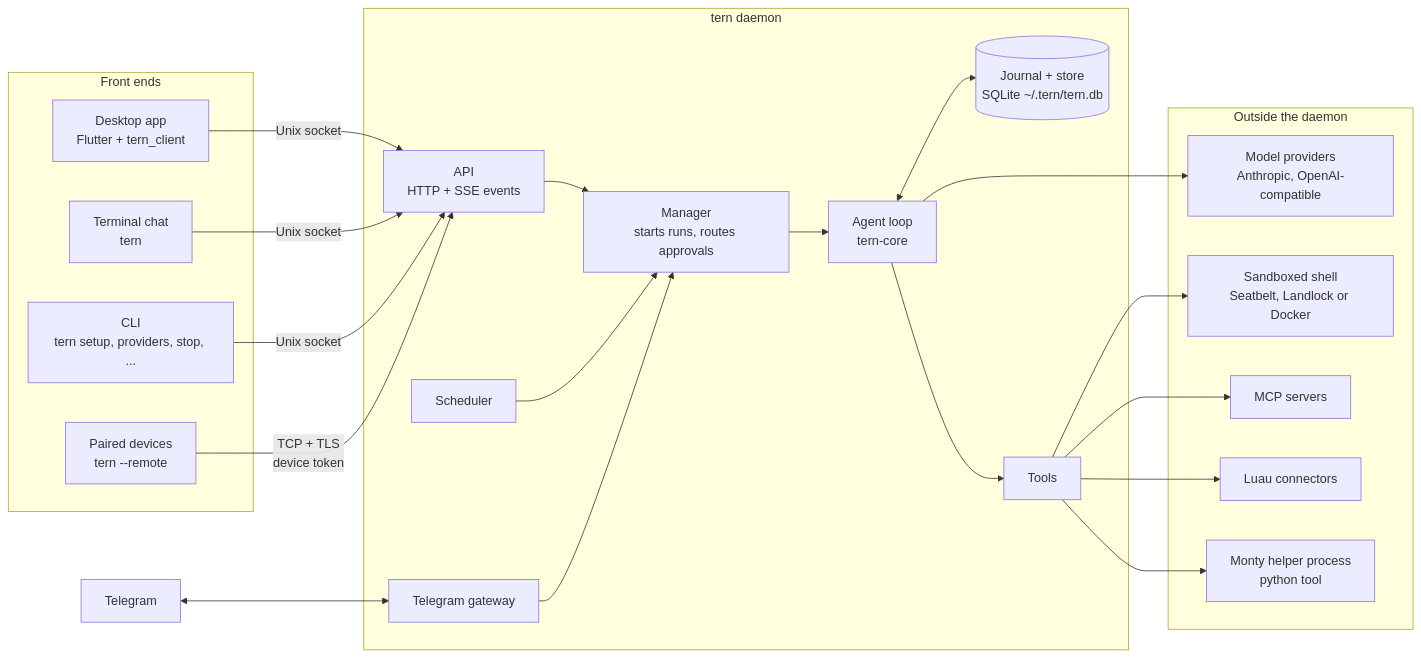
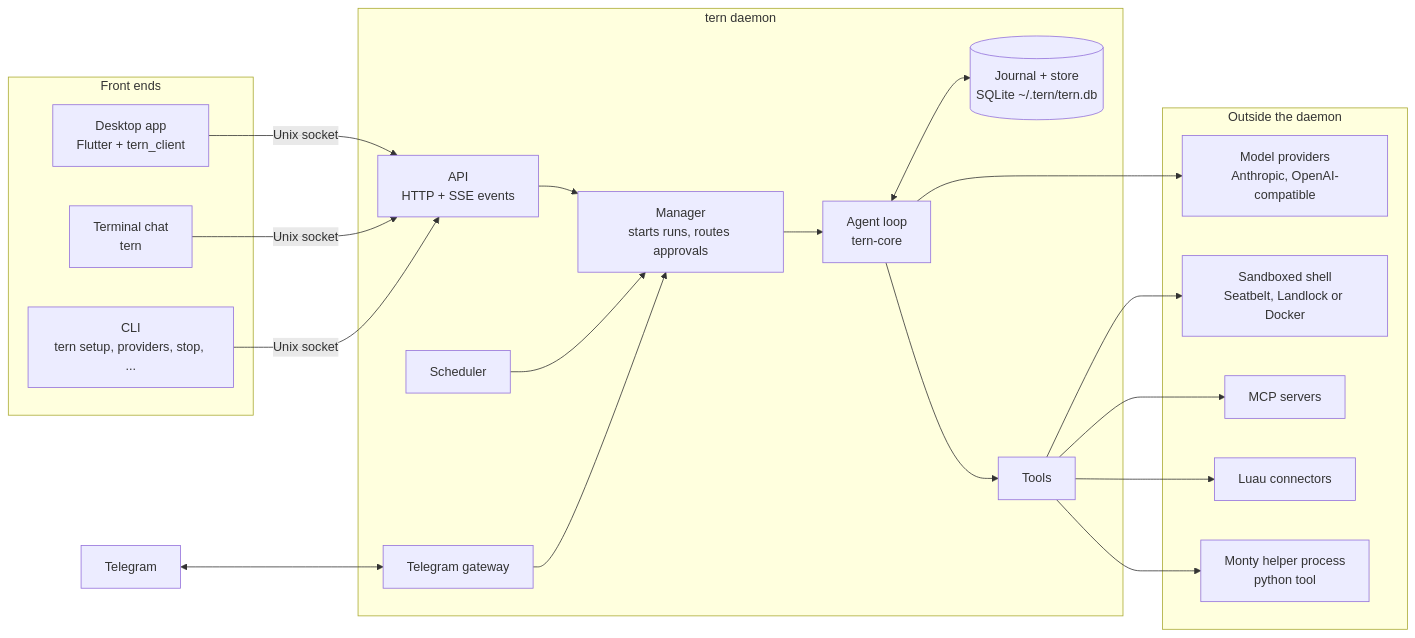
The first of 5 diagrams in README.md (mitchellalderson/tern-agent), drawn with Mermaid before and after one commit. The commit also changed other lines of this file and 54 other files, not shown here.

First line of the commit message:
Remove remote cores, device pairing and accounts (Rust, docs)

````diff
--- a/README.md
+++ b/README.md
@@ -73,46 +73,44 @@
 ```mermaid
 flowchart LR
     subgraph clients["Front ends"]
         app["Desktop app<br/>Flutter + tern_client"]
         tui["Terminal chat<br/>tern"]
         cli["CLI<br/>tern setup, providers, stop, ..."]
-        remote["Paired devices<br/>tern --remote"]
     end
     tg["Telegram"]
 
     subgraph daemon["tern daemon"]
         api["API<br/>HTTP + SSE events"]
         mgr["Manager<br/>starts runs, routes approvals"]
         sched["Scheduler"]
         gw["Telegram gateway"]
         agent["Agent loop<br/>tern-core"]
         journal[("Journal + store<br/>SQLite ~/.tern/tern.db")]
         tools["Tools"]
     end
 
     subgraph outside["Outside the daemon"]
         models["Model providers<br/>Anthropic, OpenAI-compatible"]
         sandbox["Sandboxed shell<br/>Seatbelt, Landlock or Docker"]
         mcp["MCP servers"]
         lua["Luau connectors"]
         py["Monty helper process<br/>python tool"]
     end
 
     app -- "Unix socket" --> api
     tui -- "Unix socket" --> api
     cli -- "Unix socket" --> api
-    remote -- "TCP + TLS<br/>device token" --> api
     tg <--> gw
 
     api --> mgr
     sched --> mgr
     gw --> mgr
     mgr --> agent
     agent <--> journal
     agent --> models
     agent --> tools
     tools --> sandbox
     tools --> mcp
     tools --> lua
     tools --> py
 ```
````
